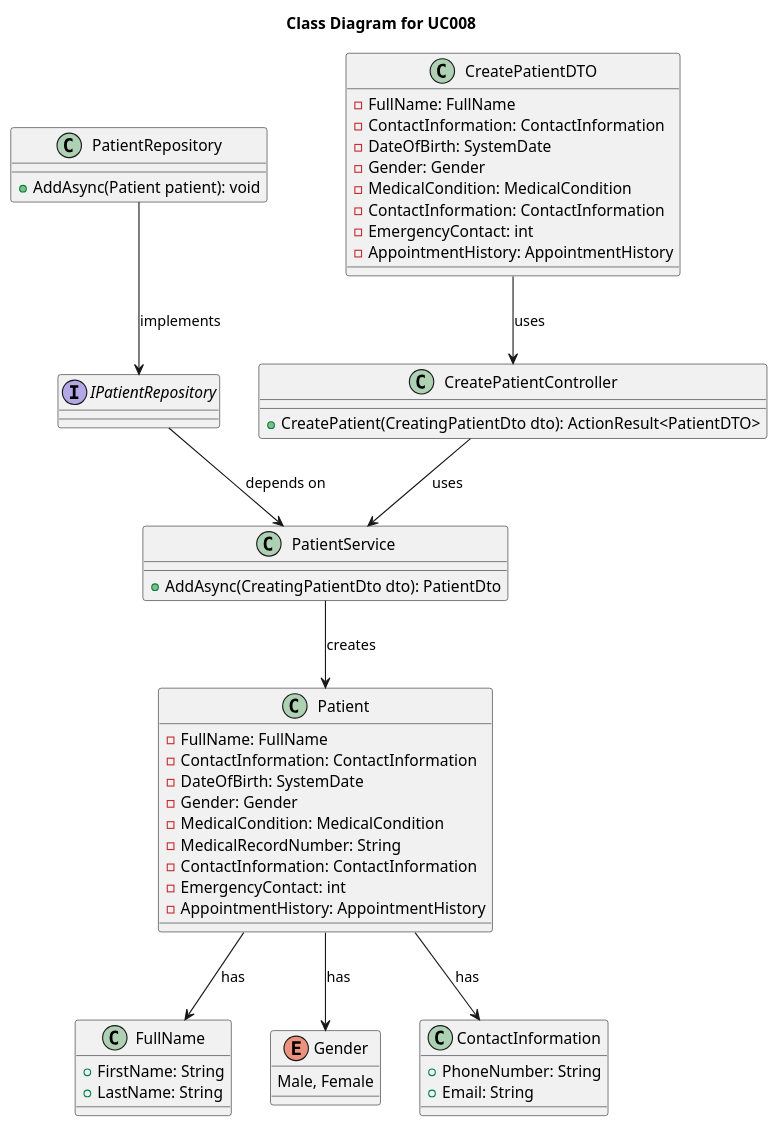
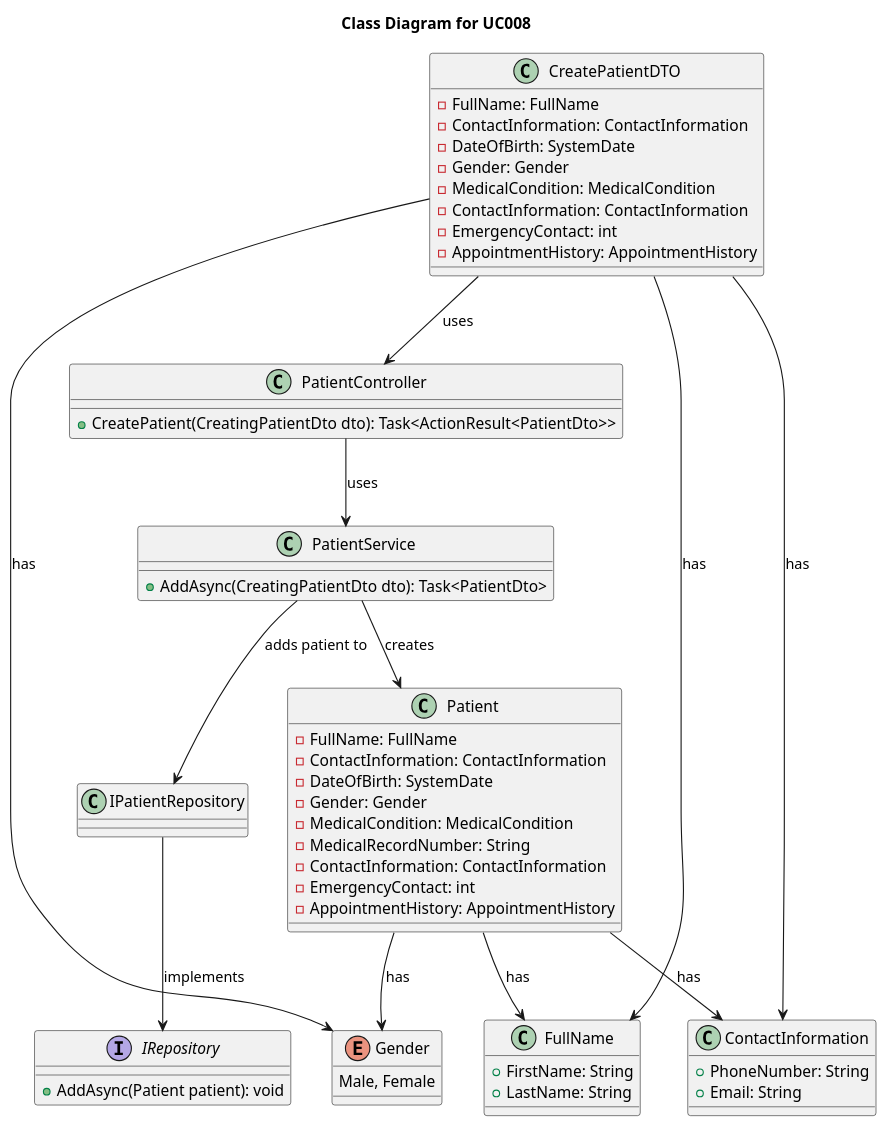
One commit to 1221124/sem5pi-24-25-g031 changed the diagram in docs/SprintA/UseCases/UC008/03.design/puml/uc008-class-diagram.puml. Above: the diagram before and after it, drawn with PlantUML. The commit also changed 1 other file, not shown here.

Commit message:
#10 UC008 Class Diagram
Changes to UC008 Class Diagram and respective png file.

```diff
--- a/docs/SprintA/UseCases/UC008/03.design/puml/uc008-class-diagram.puml
+++ b/docs/SprintA/UseCases/UC008/03.design/puml/uc008-class-diagram.puml
@@ -1,77 +1,81 @@
 @startuml
 skinparam monochrome false
 skinparam shadowing false
 
 title Class Diagram for UC008
 
-class CreatePatientController {
-  +CreatePatient(CreatingPatientDto dto): ActionResult<PatientDTO>
+class PatientController {
+  +CreatePatient(CreatingPatientDto dto): Task<ActionResult<PatientDto>>
 }
 
 
 class PatientService {
-  +AddAsync(CreatingPatientDto dto): PatientDto
+  +AddAsync(CreatingPatientDto dto): Task<PatientDto>
 }
 
 class CreatePatientDTO {
   - FullName: FullName
   - ContactInformation: ContactInformation
   - DateOfBirth: SystemDate
   - Gender: Gender
   - MedicalCondition: MedicalCondition
   - ContactInformation: ContactInformation
   - EmergencyContact: int
   - AppointmentHistory: AppointmentHistory 
   'TODO: Review AppointmentHistory type
 }
 
 class FullName{
     + FirstName: String
     + LastName: String
 }
 
 enum Gender {
   Male, Female
 }
 
 class ContactInformation{
     + PhoneNumber: String
     + Email: String
 }
 
 
 class Patient {
   - FullName: FullName
   - ContactInformation: ContactInformation
   - DateOfBirth: SystemDate
   - Gender: Gender
   - MedicalCondition: MedicalCondition
   - MedicalRecordNumber: String
   - ContactInformation: ContactInformation
   - EmergencyContact: int
   - AppointmentHistory: AppointmentHistory
     'TODO: Review AppointmentHistory type and Medical Conditions
 }
 
-class PatientRepository {
-  + AddAsync(Patient patient): void
+class IPatientRepository {
+  
 }
 
-interface IPatientRepository {
+interface IRepository {
+  + AddAsync(Patient patient): void
 }
 
 
 'class Database {
 '  + save(Patient patient): void
 '}
 
-CreatePatientDTO --> CreatePatientController : uses
-CreatePatientController --> PatientService : uses
+CreatePatientDTO --> PatientController : uses
+PatientController --> PatientService : uses
 PatientService --> Patient : creates
-IPatientRepository --> PatientService : depends on
-PatientRepository --> IPatientRepository : implements
+PatientService --> IPatientRepository : adds patient to
+IPatientRepository --> IRepository : implements
 Patient --> ContactInformation : has
 Patient --> FullName : has
 Patient --> Gender : has
+CreatePatientDTO --> ContactInformation : has
+CreatePatientDTO --> FullName : has
+CreatePatientDTO --> Gender : has
 
 @enduml
```
